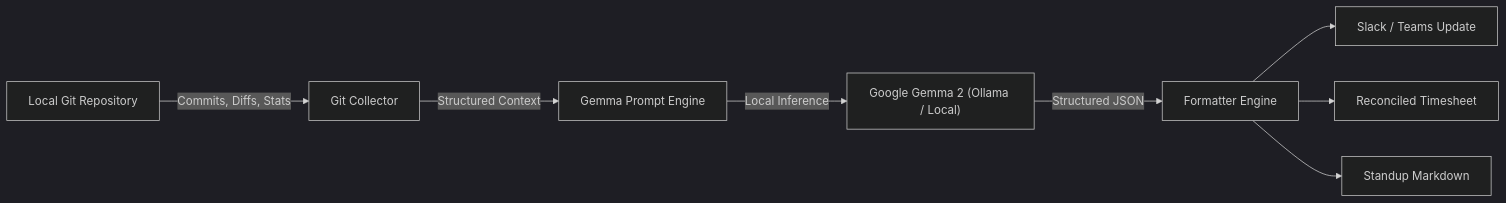
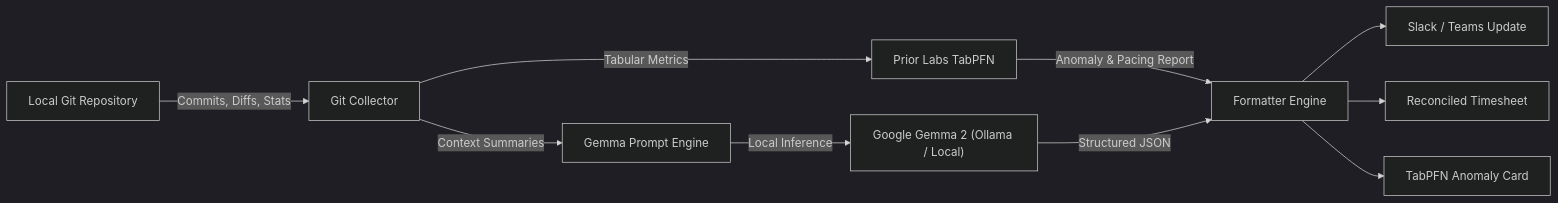
One commit to Nl-T-lN/slothstandup changed the diagram in SUBMISSION.md. Above: the diagram before and after it, drawn with Mermaid (dark theme). The commit also changed other lines of this file and 1 other file, not shown here.

Commit message:
docs: update README and SUBMISSION for TabPFN tabular foundation integration

````diff
--- a/SUBMISSION.md
+++ b/SUBMISSION.md
@@ -107,10 +104,12 @@
 ```mermaid
 flowchart LR
     A["Local Git Repository"] -->|"Commits, Diffs, Stats"| B["Git Collector"]
-    B -->|"Structured Context"| C["Gemma Prompt Engine"]
-    C -->|"Local Inference"| D["Google Gemma 2 (Ollama / Local)"]
-    D -->|"Structured JSON"| E["Formatter Engine"]
-    E --> F["Slack / Teams Update"]
-    E --> G["Reconciled Timesheet"]
-    E --> H["Standup Markdown"]
+    B -->|"Tabular Metrics"| C["Prior Labs TabPFN"]
+    C -->|"Anomaly & Pacing Report"| D["Formatter Engine"]
+    B -->|"Context Summaries"| E["Gemma Prompt Engine"]
+    E -->|"Local Inference"| F["Google Gemma 2 (Ollama / Local)"]
+    F -->|"Structured JSON"| D
+    D --> G["Slack / Teams Update"]
+    D --> H["Reconciled Timesheet"]
+    D --> I["TabPFN Anomaly Card"]
 ```
````
